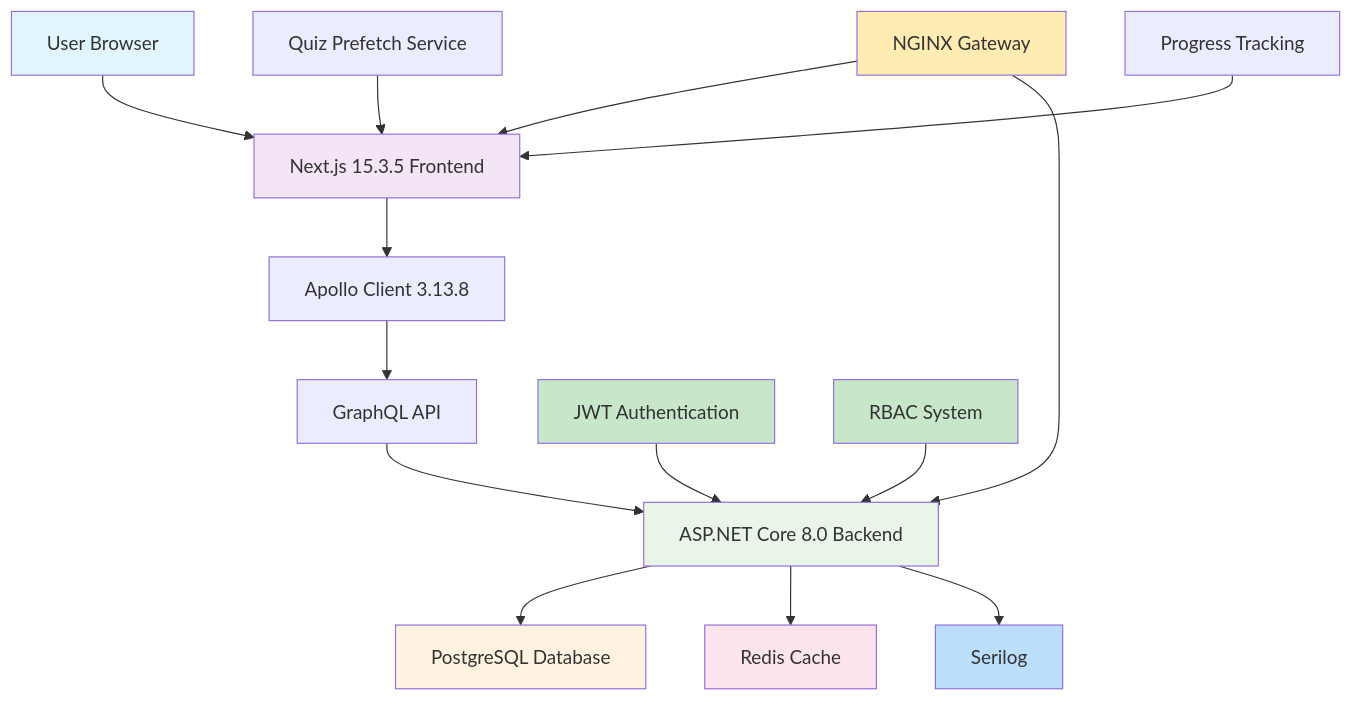
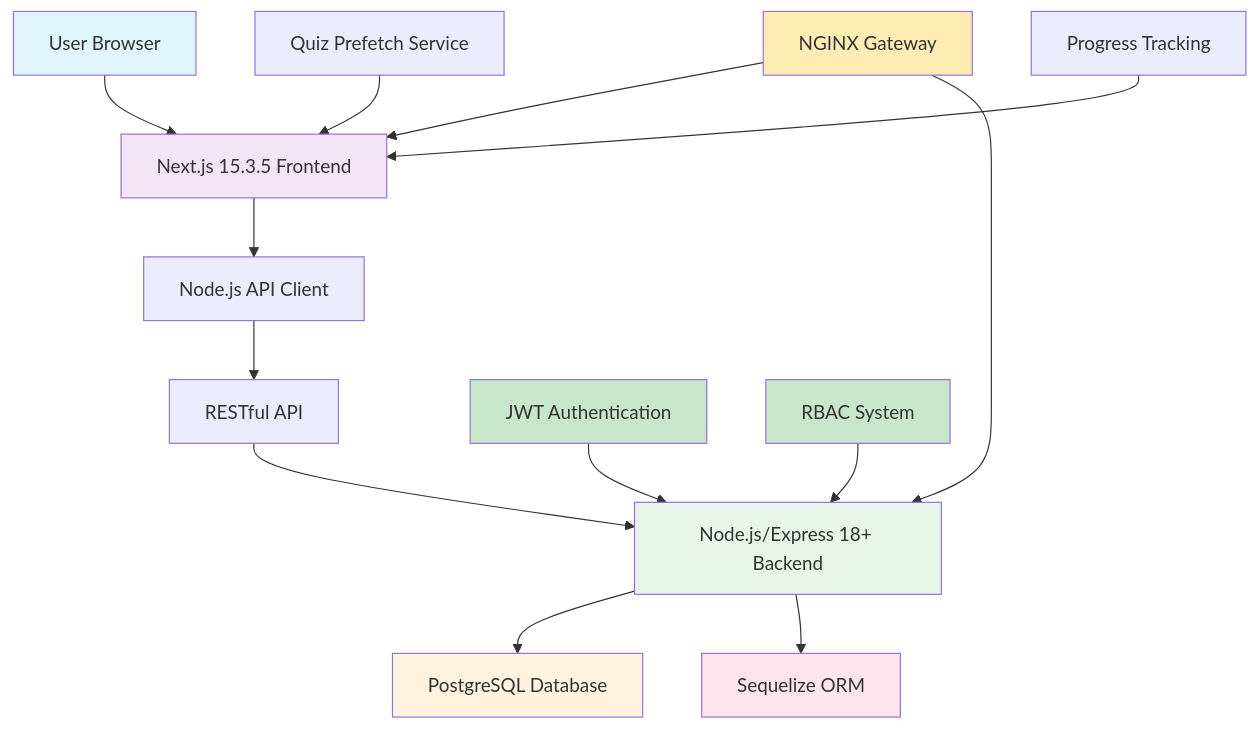
One commit to ErikVeland/GlassCodeAcademy changed the diagram in README.md. Above: the diagram before and after it, drawn with Mermaid. The commit also changed other lines of this file and 279 other files, not shown here.

First line of the commit message:
MILESTONE: Migrated from .Net to Node.js backend

````diff
--- a/README.md
+++ b/README.md
@@ -60,29 +53,27 @@
 ```mermaid
 graph TB
     A[User Browser] --> B[Next.js 15.3.5 Frontend]
-    B --> C[Apollo Client 3.13.8]
-    C --> D[GraphQL API]
-    D --> E[ASP.NET Core 8.0 Backend]
+    B --> C[Node.js API Client]
+    C --> D[RESTful API]
+    D --> E[Node.js/Express 18+ Backend]
     E --> F[PostgreSQL Database]
-    E --> G[Redis Cache]
-    E --> H[Serilog]
+    E --> G[Sequelize ORM]
     
     I[JWT Authentication] --> E
     J[RBAC System] --> E
     
     K[NGINX Gateway] --> B
     K --> E
     
     L[Quiz Prefetch Service] --> B
     M[Progress Tracking] --> B
     
     style A fill:#e1f5fe
     style B fill:#f3e5f5
     style E fill:#e8f5e8
     style F fill:#fff3e0
     style G fill:#fce4ec
-    style H fill:#bbdefb
     style I fill:#c8e6c9
     style J fill:#c8e6c9
     style K fill:#ffecb3
 ```
````
